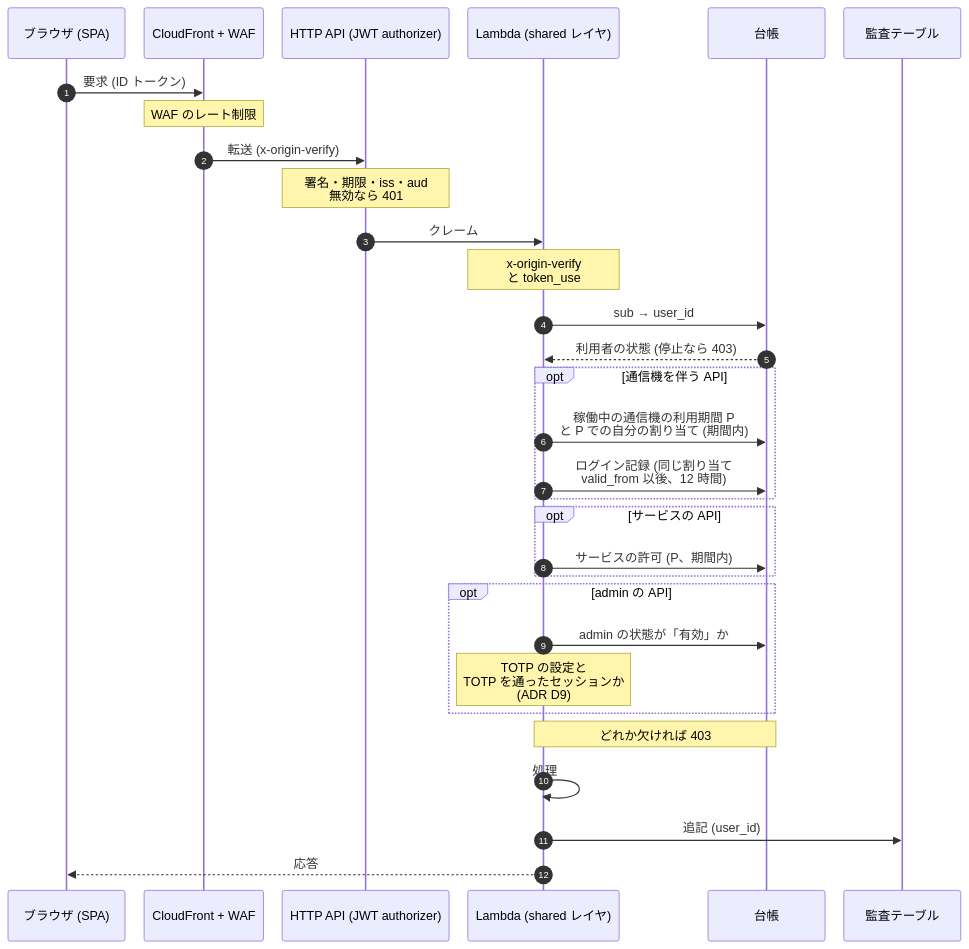
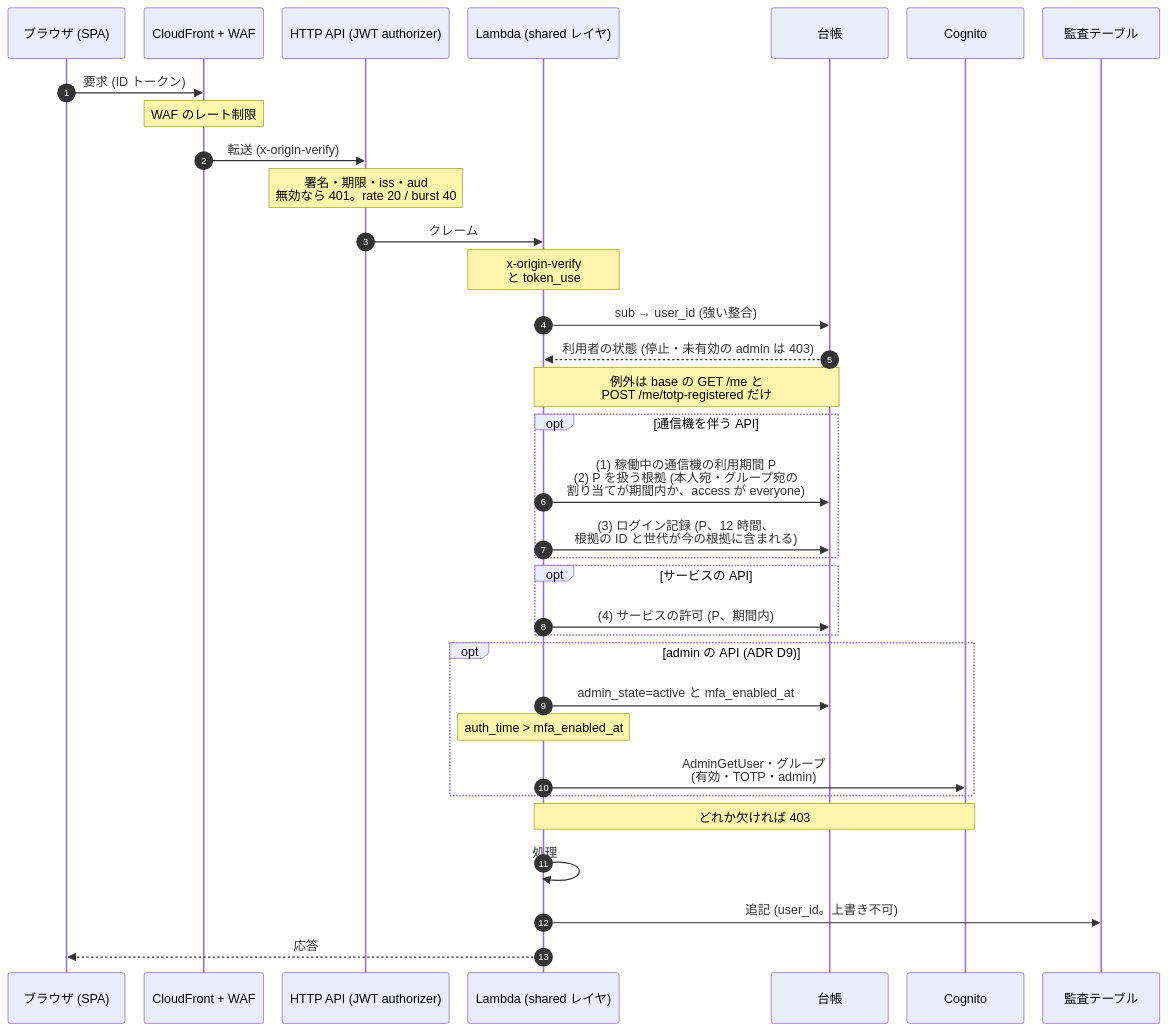
The diagram in Documents/images/authz-check.mmd (nori1173-ops/service-platform), drawn with Mermaid before and after one commit. The commit also changed 277 other files, not shown here.

First line of the commit message:
Sync snapshot: admin passkey entry, WebAuthn MFA, base API, groups and periods, E2E

```diff
--- a/Documents/images/authz-check.mmd
+++ b/Documents/images/authz-check.mmd
@@ -1,32 +1,35 @@
 %%{init: {"fontFamily": "\"Noto Sans CJK JP\", \"Noto Sans JP\", \"Yu Gothic UI\", Meiryo, sans-serif", "themeVariables": {"fontFamily": "\"Noto Sans CJK JP\", \"Noto Sans JP\", \"Yu Gothic UI\", Meiryo, sans-serif", "fontSize": "16px"}, "sequence": {"actorFontFamily": "\"Noto Sans CJK JP\", \"Noto Sans JP\", \"Yu Gothic UI\", Meiryo, sans-serif", "messageFontFamily": "\"Noto Sans CJK JP\", \"Noto Sans JP\", \"Yu Gothic UI\", Meiryo, sans-serif", "noteFontFamily": "\"Noto Sans CJK JP\", \"Noto Sans JP\", \"Yu Gothic UI\", Meiryo, sans-serif", "actorFontSize": 16, "messageFontSize": 16, "noteFontSize": 16, "actorMargin": 24, "noteMargin": 8, "messageMargin": 30}, "flowchart": {"htmlLabels": true, "wrappingWidth": 460}}}%%
 sequenceDiagram
     autonumber
     participant B as ブラウザ (SPA)
     participant CF as CloudFront + WAF
     participant API as HTTP API (JWT authorizer)
     participant L as Lambda (shared レイヤ)
     participant T as 台帳
+    participant C as Cognito
     participant A as 監査テーブル
     B->>CF: 要求 (ID トークン)
     Note over CF: WAF のレート制限
     CF->>API: 転送 (x-origin-verify)
-    Note over API: 署名・期限・iss・aud<br>無効なら 401
+    Note over API: 署名・期限・iss・aud<br>無効なら 401。rate 20 / burst 40
     API->>L: クレーム
     Note over L: x-origin-verify<br>と token_use
-    L->>T: sub → user_id
-    T-->>L: 利用者の状態 (停止なら 403)
+    L->>T: sub → user_id (強い整合)
+    T-->>L: 利用者の状態 (停止・未有効の admin は 403)
+    Note over L,T: 例外は base の GET /me と<br>POST /me/totp-registered だけ
     opt 通信機を伴う API
-        L->>T: 稼働中の通信機の利用期間 P<br>と P での自分の割り当て (期間内)
-        L->>T: ログイン記録 (同じ割り当て<br>valid_from 以後、12 時間)
+        L->>T: (1) 稼働中の通信機の利用期間 P<br>(2) P を扱う根拠 (本人宛・グループ宛の<br>割り当てが期間内か、access が everyone)
+        L->>T: (3) ログイン記録 (P、12 時間、<br>根拠の ID と世代が今の根拠に含まれる)
     end
     opt サービスの API
-        L->>T: サービスの許可 (P、期間内)
+        L->>T: (4) サービスの許可 (P、期間内)
     end
-    opt admin の API
-        L->>T: admin の状態が「有効」か
-        Note over L: TOTP の設定と<br>TOTP を通ったセッションか<br>(ADR D9)
+    opt admin の API (ADR D9)
+        L->>T: admin_state=active と mfa_enabled_at
+        Note over L: auth_time > mfa_enabled_at
+        L->>C: AdminGetUser・グループ<br>(有効・TOTP・admin)
     end
-    Note over L,T: どれか欠ければ 403
+    Note over L,C: どれか欠ければ 403
     L->>L: 処理
-    L->>A: 追記 (user_id)
+    L->>A: 追記 (user_id。上書き不可)
     L-->>B: 応答
```
